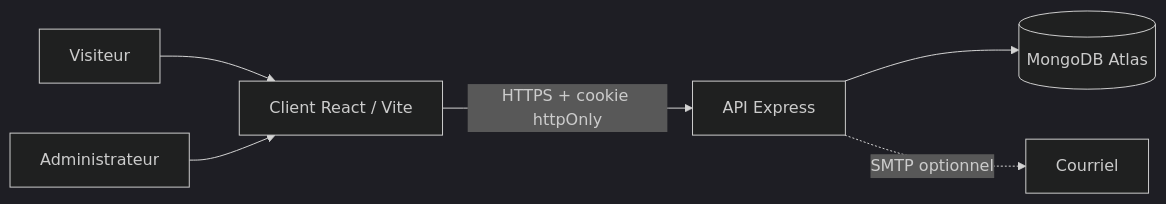
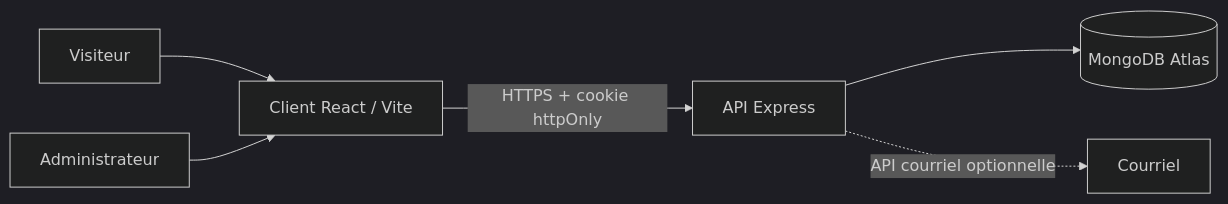
Before and after one commit to Harley-80/portfolio: the first of 4 diagrams in README.md, drawn with Mermaid (dark theme). The commit also changed 6 other files, not shown here.

First line of the commit message:
feat(serveur): notification des messages par l'API Resend (HTTPS) à la place du SMTP

````diff
--- a/README.md
+++ b/README.md
@@ -59,8 +59,8 @@
 ```mermaid
 flowchart LR
     V[Visiteur] --> C[Client React / Vite]
     A[Administrateur] --> C
     C -->|HTTPS + cookie httpOnly| S[API Express]
     S --> M[(MongoDB Atlas)]
-    S -.->|SMTP optionnel| E[Courriel]
+    S -.->|API courriel optionnelle| E[Courriel]
 ```
````
